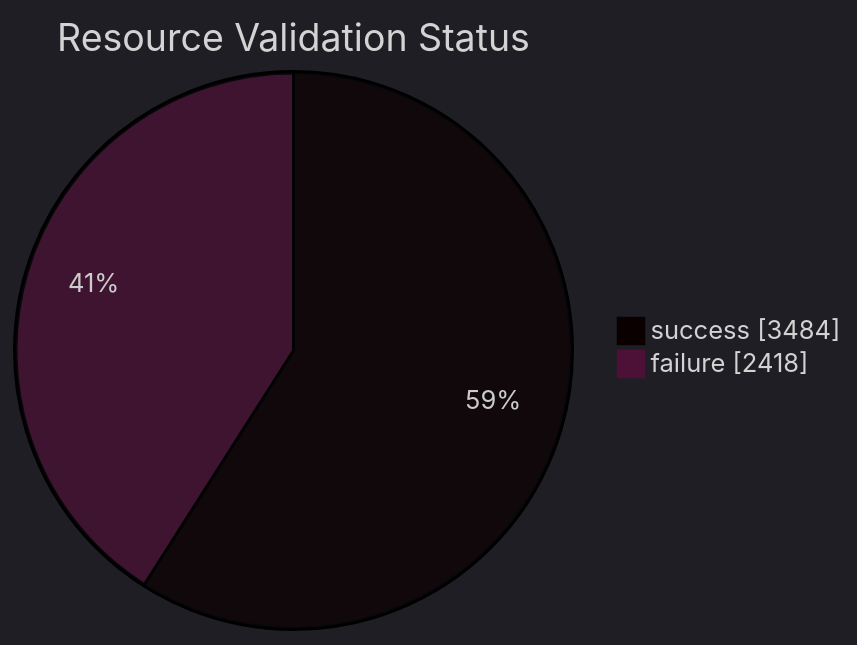
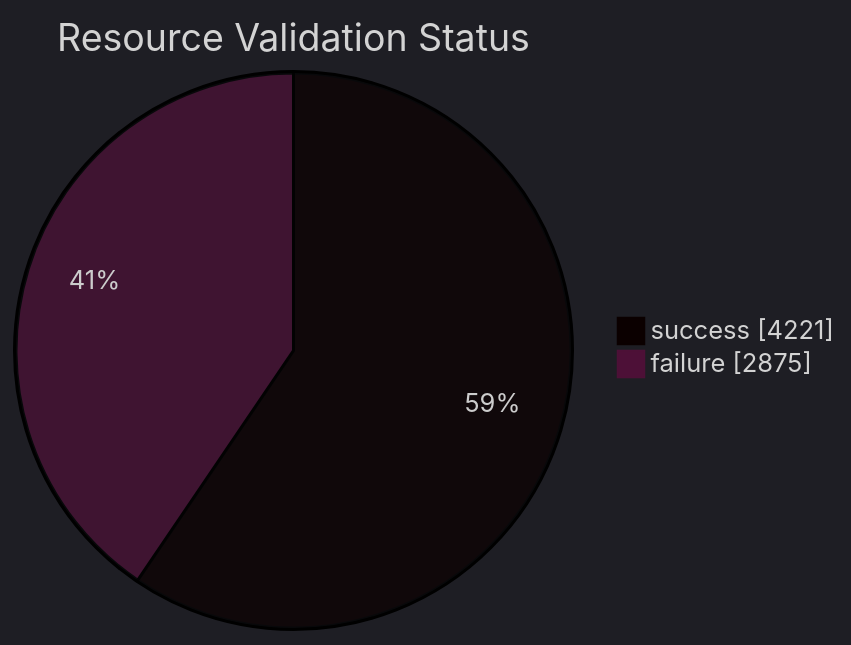
Before and after one commit to open-data/analytics-corporate-reporting: the diagram in datastore_tracker/resource_validation_status_pie_chart.md, drawn with Mermaid. The commit also changed 9 other files, not shown here.

````diff
--- a/datastore_tracker/resource_validation_status_pie_chart.md
+++ b/datastore_tracker/resource_validation_status_pie_chart.md
@@ -2,9 +2,9 @@
 ```mermaid
 ---
 config:
   theme: dark
 ---
 pie showData title Resource Validation Status
-    "success": 3484
-    "failure": 2418
+    "success": 4221
+    "failure": 2875
 ```
````
